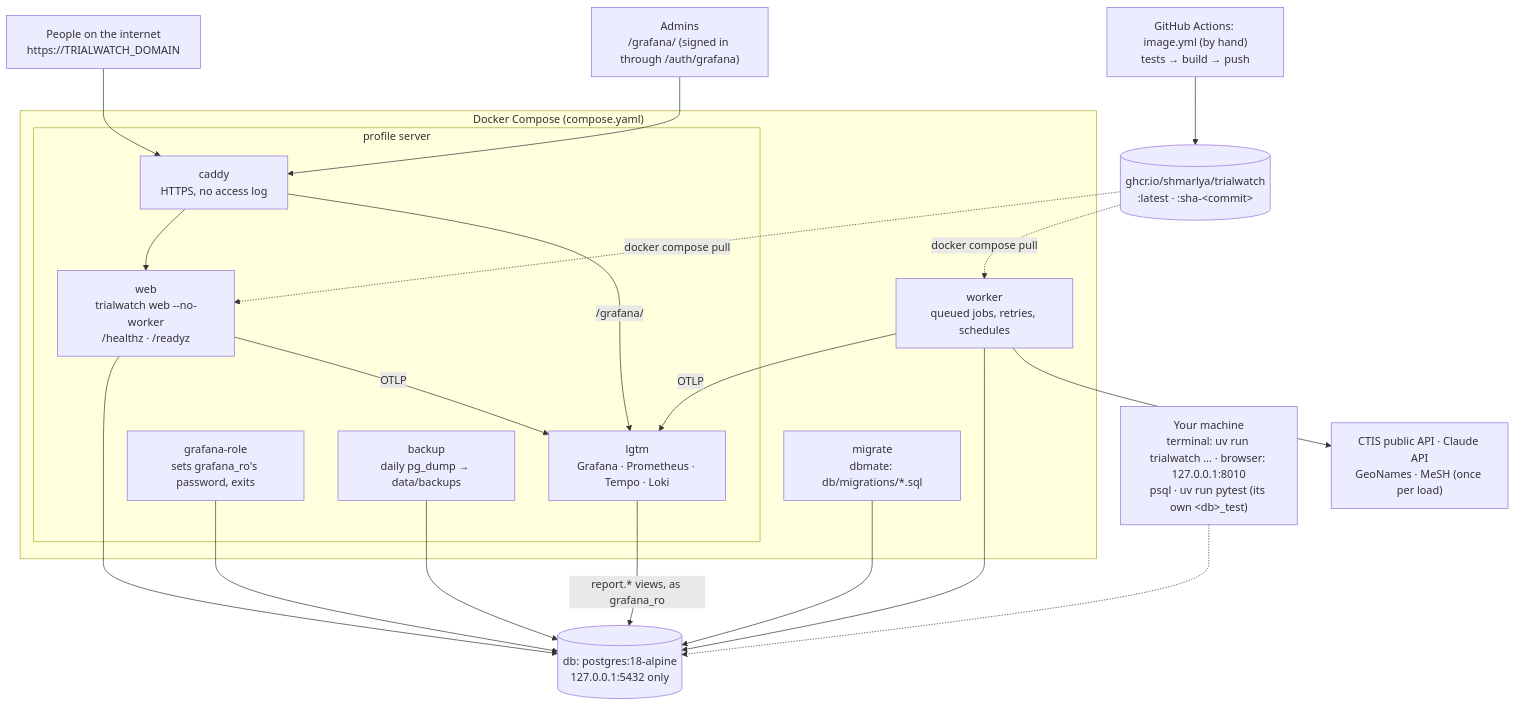
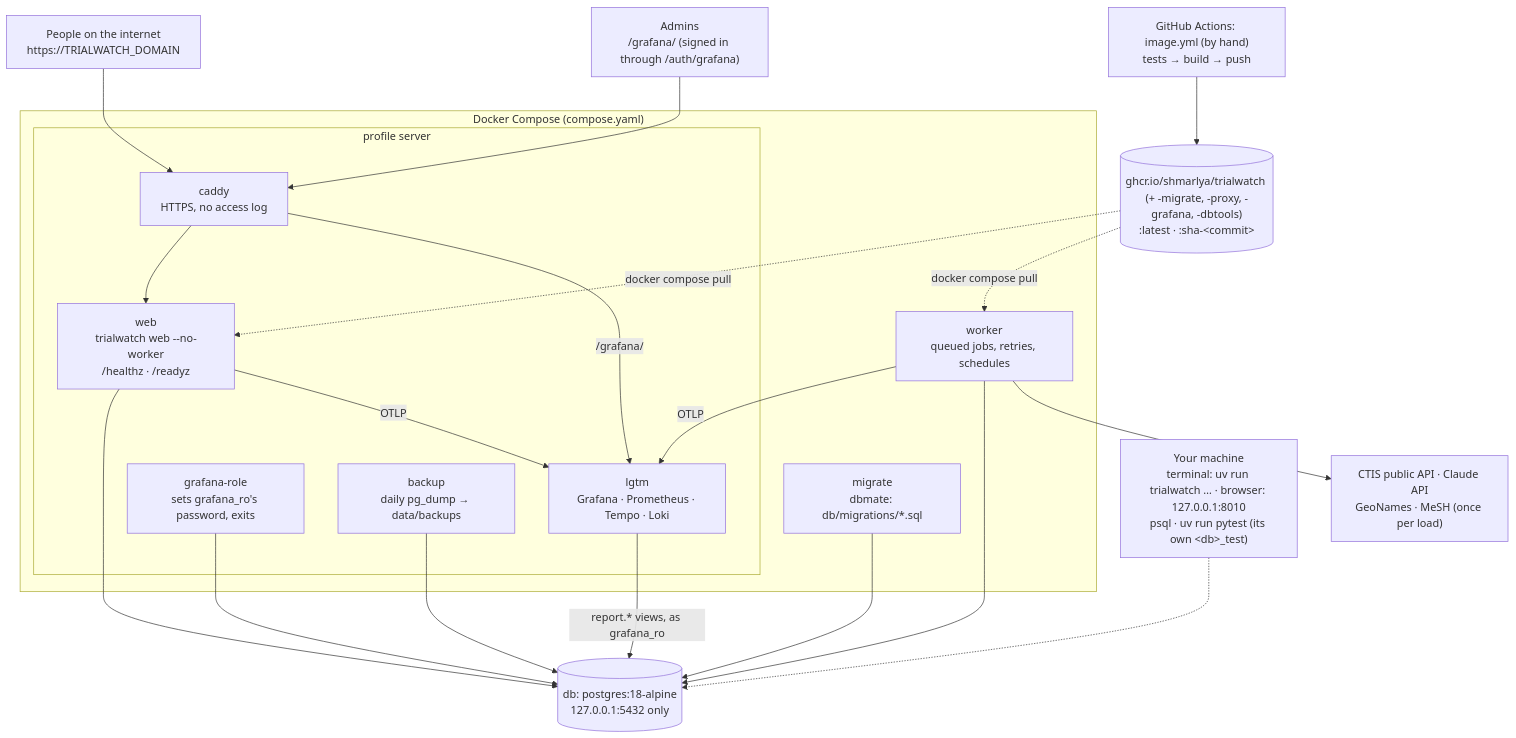
One commit to shmarlya/trialwatch changed the first of 2 diagrams in docs/operations.md. Above: the diagram before and after it, drawn with Mermaid. The commit also changed other lines of this file and 7 other files, not shown here.

````diff
--- a/docs/operations.md
+++ b/docs/operations.md
@@ -6,37 +6,37 @@
 ```mermaid
 flowchart TB
     you["Your machine<br>terminal: uv run trialwatch … · browser: 127.0.0.1:8010<br>psql · uv run pytest (its own &lt;db&gt;_test)"]
     people["People on the internet<br>https://TRIALWATCH_DOMAIN"]
     admins["Admins<br>/grafana/ (signed in through /auth/grafana)"]
     actions["GitHub Actions: image.yml (by hand)<br>tests → build → push"]
-    ghcr[("ghcr.io/shmarlya/trialwatch<br>:latest · :sha-&lt;commit&gt;")]
+    ghcr[("ghcr.io/shmarlya/trialwatch (+ -migrate, -proxy, -grafana, -dbtools)<br>:latest · :sha-&lt;commit&gt;")]
     subgraph compose["Docker Compose (compose.yaml)"]
         subgraph server["profile server"]
             caddy["caddy<br>HTTPS, no access log"]
             web["web<br>trialwatch web --no-worker<br>/healthz · /readyz"]
             lgtm["lgtm<br>Grafana · Prometheus · Tempo · Loki"]
             grafana_role["grafana-role<br>sets grafana_ro's password, exits"]
             backup["backup<br>daily pg_dump → data/backups"]
         end
         worker["worker<br>queued jobs, retries, schedules"]
         migrate["migrate<br>dbmate: db/migrations/*.sql"]
     end
     db[("db: postgres:18-alpine<br>127.0.0.1:5432 only")]
     external["CTIS public API · Claude API<br>GeoNames · MeSH (once per load)"]
     actions --> ghcr
     ghcr -. "docker compose pull" .-> web
     ghcr -. "docker compose pull" .-> worker
     people --> caddy --> web
     admins --> caddy
     caddy -- "/grafana/" --> lgtm
     you -.-> db
     web --> db
     worker --> db
     migrate --> db
     backup --> db
     grafana_role --> db
     lgtm -- "report.* views, as grafana_ro" --> db
     web -- "OTLP" --> lgtm
     worker -- "OTLP" --> lgtm
     worker --> external
 ```
````
